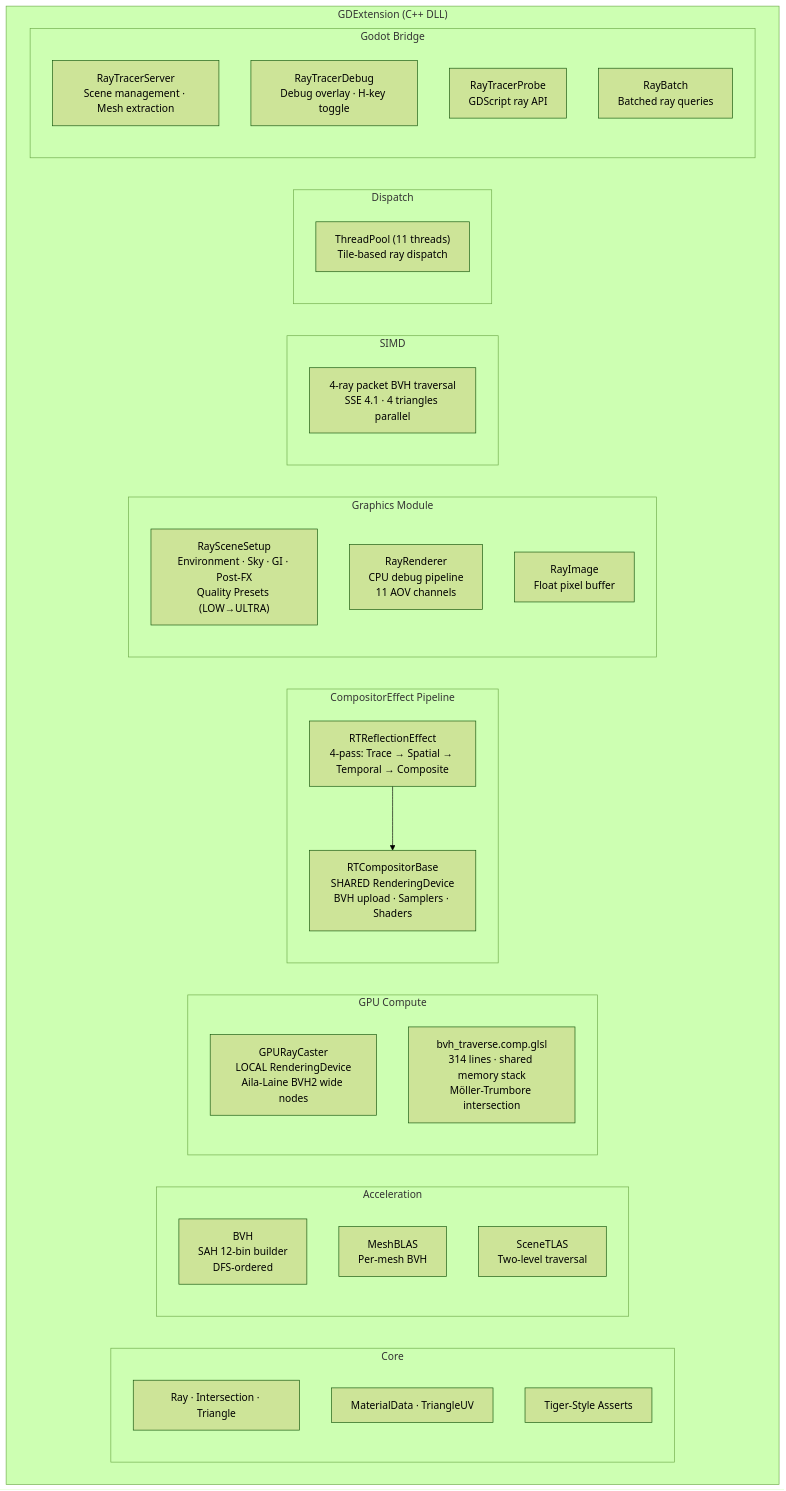
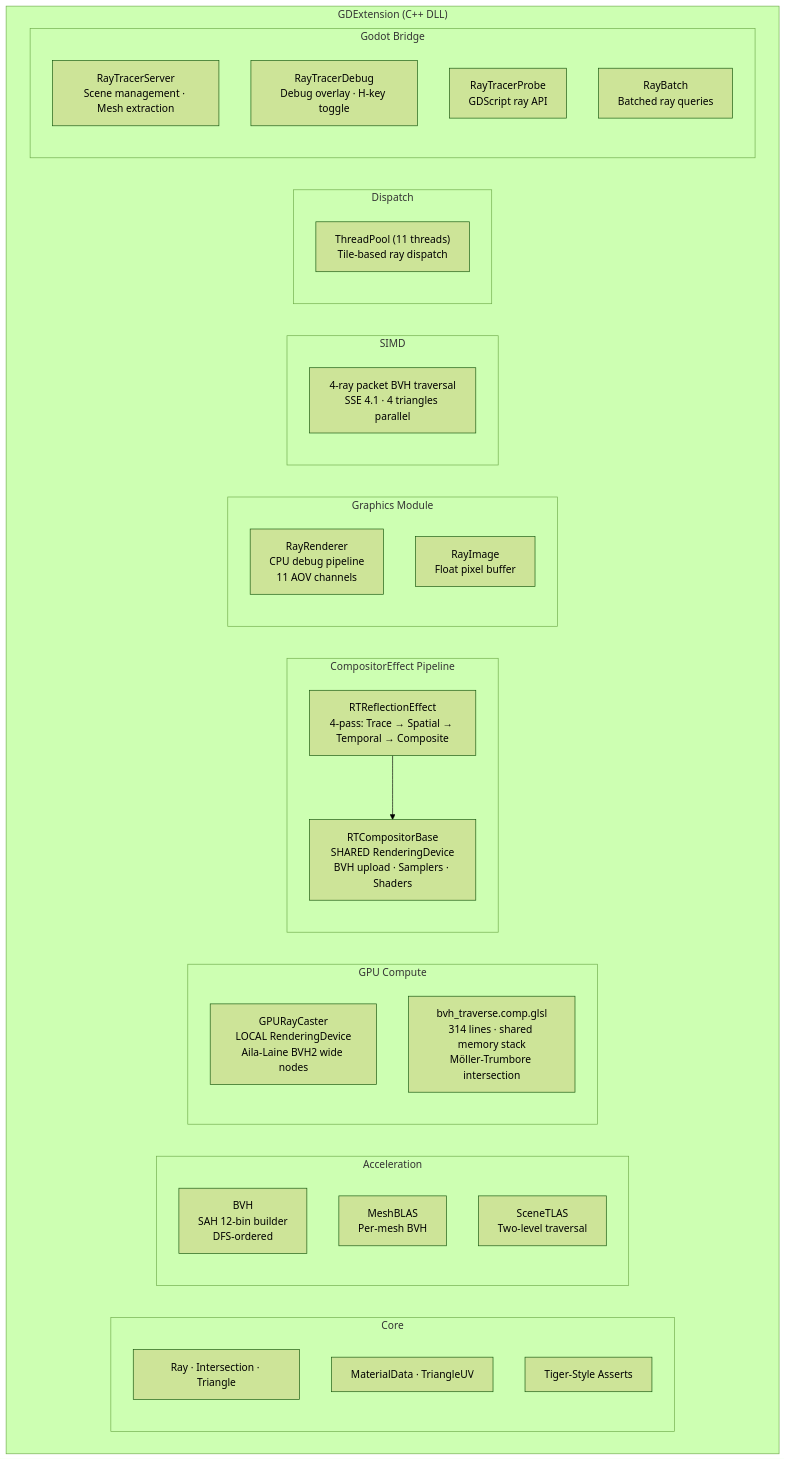
One commit to VitorMPCastro/MessyerRaytracer changed the second of 11 diagrams in ROADMAP.md. Above: the diagram before and after it, drawn with Mermaid (forest theme). The commit also changed other lines of this file and 44 other files, not shown here.

````diff
--- a/ROADMAP.md
+++ b/ROADMAP.md
@@ -71,41 +71,40 @@
 ```mermaid
 graph TB
     subgraph GDExtension["GDExtension (C++ DLL)"]
         subgraph Core["Core"]
             Ray["Ray · Intersection · Triangle"]
             Mat["MaterialData · TriangleUV"]
             Assert["Tiger-Style Asserts"]
         end
         subgraph Accel["Acceleration"]
             BVH_Node["BVH<br/>SAH 12-bin builder<br/>DFS-ordered"]
             MeshBLAS["MeshBLAS<br/>Per-mesh BVH"]
             SceneTLAS["SceneTLAS<br/>Two-level traversal"]
         end
         subgraph GPU_Module["GPU Compute"]
             GPURayCaster["GPURayCaster<br/>LOCAL RenderingDevice<br/>Aila-Laine BVH2 wide nodes"]
             Shader_BVH["bvh_traverse.comp.glsl<br/>314 lines · shared memory stack<br/>Möller-Trumbore intersection"]
         end
         subgraph Compositor["CompositorEffect Pipeline"]
             RTBase["RTCompositorBase<br/>SHARED RenderingDevice<br/>BVH upload · Samplers · Shaders"]
             RTReflect["RTReflectionEffect<br/>4-pass: Trace → Spatial → Temporal → Composite"]
             RTReflect --> RTBase
         end
         subgraph Graphics["Graphics Module"]
-            SceneSetup["RaySceneSetup<br/>Environment · Sky · GI · Post-FX<br/>Quality Presets (LOW→ULTRA)"]
             Renderer["RayRenderer<br/>CPU debug pipeline<br/>11 AOV channels"]
             ImageBuf["RayImage<br/>Float pixel buffer"]
         end
         subgraph SIMD_Module["SIMD"]
             Packet["4-ray packet BVH traversal<br/>SSE 4.1 · 4 triangles parallel"]
         end
         subgraph Dispatch["Dispatch"]
             Pool["ThreadPool (11 threads)<br/>Tile-based ray dispatch"]
         end
         subgraph Godot_Bridge["Godot Bridge"]
             Server["RayTracerServer<br/>Scene management · Mesh extraction"]
             Debug["RayTracerDebug<br/>Debug overlay · H-key toggle"]
             Probe["RayTracerProbe<br/>GDScript ray API"]
             Batch["RayBatch<br/>Batched ray queries"]
         end
     end
 ```
````
